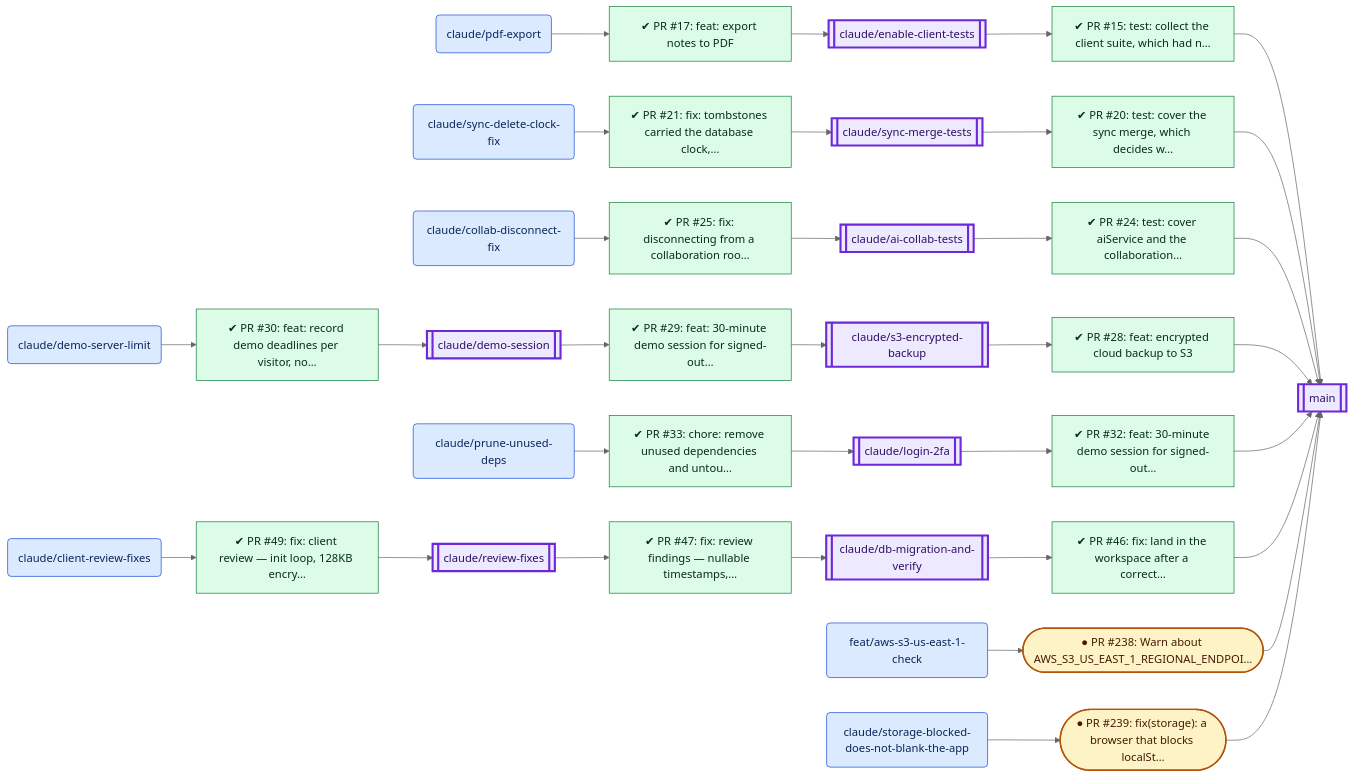
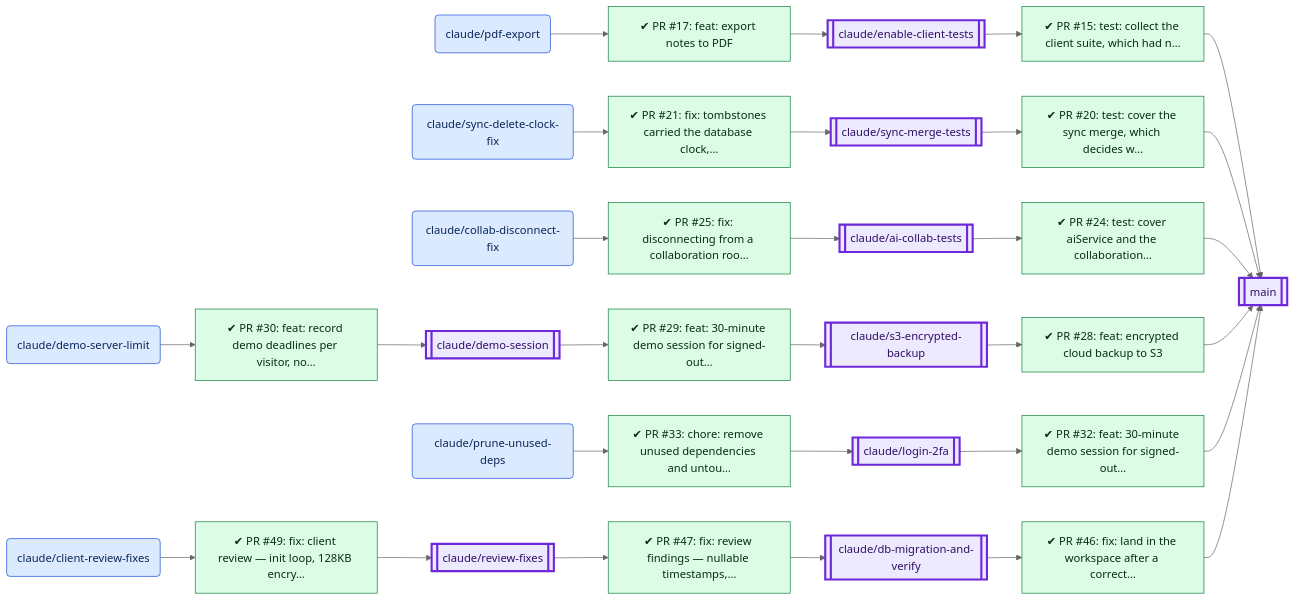
The second of 7 diagrams in docs/PR_BRANCH_VISUALIZATION.md (VijayKumaro7/NotionAI_Notepad), drawn with Mermaid (neutral theme) before and after one commit. The commit also changed other lines of this file and 2 other files, not shown here.

````diff
--- a/docs/PR_BRANCH_VISUALIZATION.md
+++ b/docs/PR_BRANCH_VISUALIZATION.md
@@ -77,73 +77,65 @@
 ```mermaid
 flowchart LR
-  b24[["claude/enable-client-tests"]]:::target
-  b133[["main"]]:::target
-  b38("claude/pdf-export"):::source
-  b61[["claude/sync-merge-tests"]]:::target
-  b60("claude/sync-delete-clock-fix"):::source
-  b7[["claude/ai-collab-tests"]]:::target
-  b14("claude/collab-disconnect-fix"):::source
-  b47[["claude/s3-encrypted-backup"]]:::target
-  b20[["claude/demo-session"]]:::target
-  b19("claude/demo-server-limit"):::source
-  b37[["claude/login-2fa"]]:::target
-  b40("claude/prune-unused-deps"):::source
-  b18[["claude/db-migration-and-verify"]]:::target
-  b46[["claude/review-fixes"]]:::target
-  b10("claude/client-review-fixes"):::source
-  b118("feat/aws-s3-us-east-1-check"):::source
-  b58("claude/storage-blocked-does-not-blank-the-app"):::source
+  b30[["claude/enable-client-tests"]]:::target
+  b175[["main"]]:::target
+  b49("claude/pdf-export"):::source
+  b80[["claude/sync-merge-tests"]]:::target
+  b79("claude/sync-delete-clock-fix"):::source
+  b8[["claude/ai-collab-tests"]]:::target
+  b18("claude/collab-disconnect-fix"):::source
+  b62[["claude/s3-encrypted-backup"]]:::target
+  b25[["claude/demo-session"]]:::target
+  b24("claude/demo-server-limit"):::source
+  b47[["claude/login-2fa"]]:::target
+  b52("claude/prune-unused-deps"):::source
+  b23[["claude/db-migration-and-verify"]]:::target
+  b61[["claude/review-fixes"]]:::target
+  b13("claude/client-review-fixes"):::source
   p15["✔ PR #15: test: collect the client suite, which had n…"]:::merged
   p17["✔ PR #17: feat: export notes to PDF"]:::merged
   p20["✔ PR #20: test: cover the sync merge, which decides w…"]:::merged
   p21["✔ PR #21: fix: tombstones carried the database clock,…"]:::merged
   p24["✔ PR #24: test: cover aiService and the collaboration…"]:::merged
   p25["✔ PR #25: fix: disconnecting from a collaboration roo…"]:::merged
   p28["✔ PR #28: feat: encrypted cloud backup to S3"]:::merged
   p29["✔ PR #29: feat: 30-minute demo session for signed-out…"]:::merged
   p30["✔ PR #30: feat: record demo deadlines per visitor, no…"]:::merged
   p32["✔ PR #32: feat: 30-minute demo session for signed-out…"]:::merged
   p33["✔ PR #33: chore: remove unused dependencies and untou…"]:::merged
   p46["✔ PR #46: fix: land in the workspace after a correct…"]:::merged
   p47["✔ PR #47: fix: review findings — nullable timestamps,…"]:::merged
   p49["✔ PR #49: fix: client review — init loop, 128KB encry…"]:::merged
-  p238(["● PR #238: Warn about AWS_S3_US_EAST_1_REGIONAL_ENDPOI…"]):::open
-  p239(["● PR #239: fix(storage): a browser that blocks localSt…"]):::open
-  b24 --> p15
-  p15 --> b133
-  b38 --> p17
-  p17 --> b24
-  b61 --> p20
-  p20 --> b133
-  b60 --> p21
-  p21 --> b61
-  b7 --> p24
-  p24 --> b133
-  b14 --> p25
-  p25 --> b7
-  b47 --> p28
-  p28 --> b133
-  b20 --> p29
-  p29 --> b47
-  b19 --> p30
-  p30 --> b20
-  b37 --> p32
-  p32 --> b133
-  b40 --> p33
-  p33 --> b37
-  b18 --> p46
-  p46 --> b133
-  b46 --> p47
-  p47 --> b18
-  b10 --> p49
-  p49 --> b46
-  b118 --> p238
-  p238 --> b133
-  b58 --> p239
-  p239 --> b133
+  b30 --> p15
+  p15 --> b175
+  b49 --> p17
+  p17 --> b30
+  b80 --> p20
+  p20 --> b175
+  b79 --> p21
+  p21 --> b80
+  b8 --> p24
+  p24 --> b175
+  b18 --> p25
+  p25 --> b8
+  b62 --> p28
+  p28 --> b175
+  b25 --> p29
+  p29 --> b62
+  b24 --> p30
+  p30 --> b25
+  b47 --> p32
+  p32 --> b175
+  b52 --> p33
+  p33 --> b47
+  b23 --> p46
+  p46 --> b175
+  b61 --> p47
+  p47 --> b23
+  b13 --> p49
+  p49 --> b61
   classDef source fill:#dbeafe,stroke:#1d4ed8,color:#0b2559
   classDef target fill:#ede9fe,stroke:#6d28d9,stroke-width:3px,color:#2e1065
   classDef open fill:#fef3c7,stroke:#b45309,stroke-width:2px,color:#451a03
   classDef merged fill:#dcfce7,stroke:#15803d,color:#052e16
   classDef closed fill:#f3f4f6,stroke:#b91c1c,stroke-dasharray:5 3,color:#111827
 ```
````
